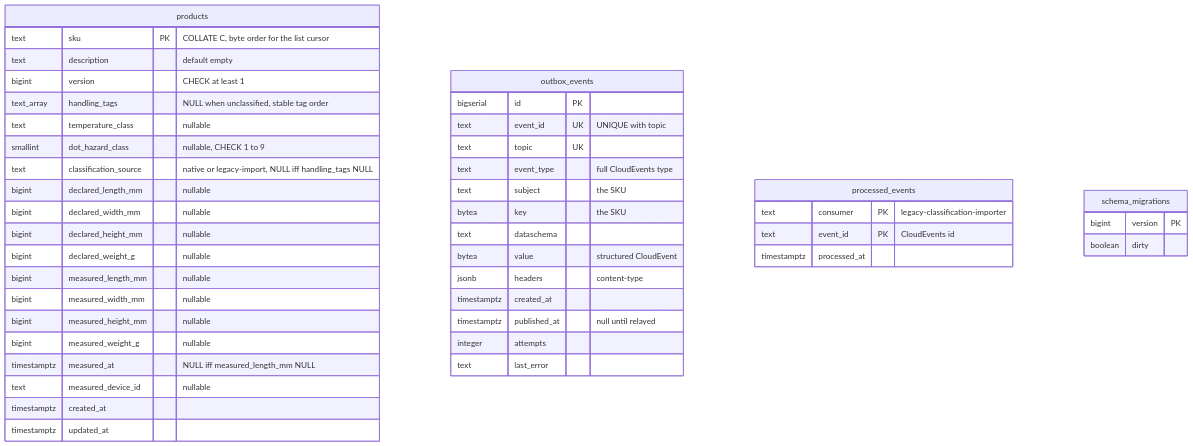
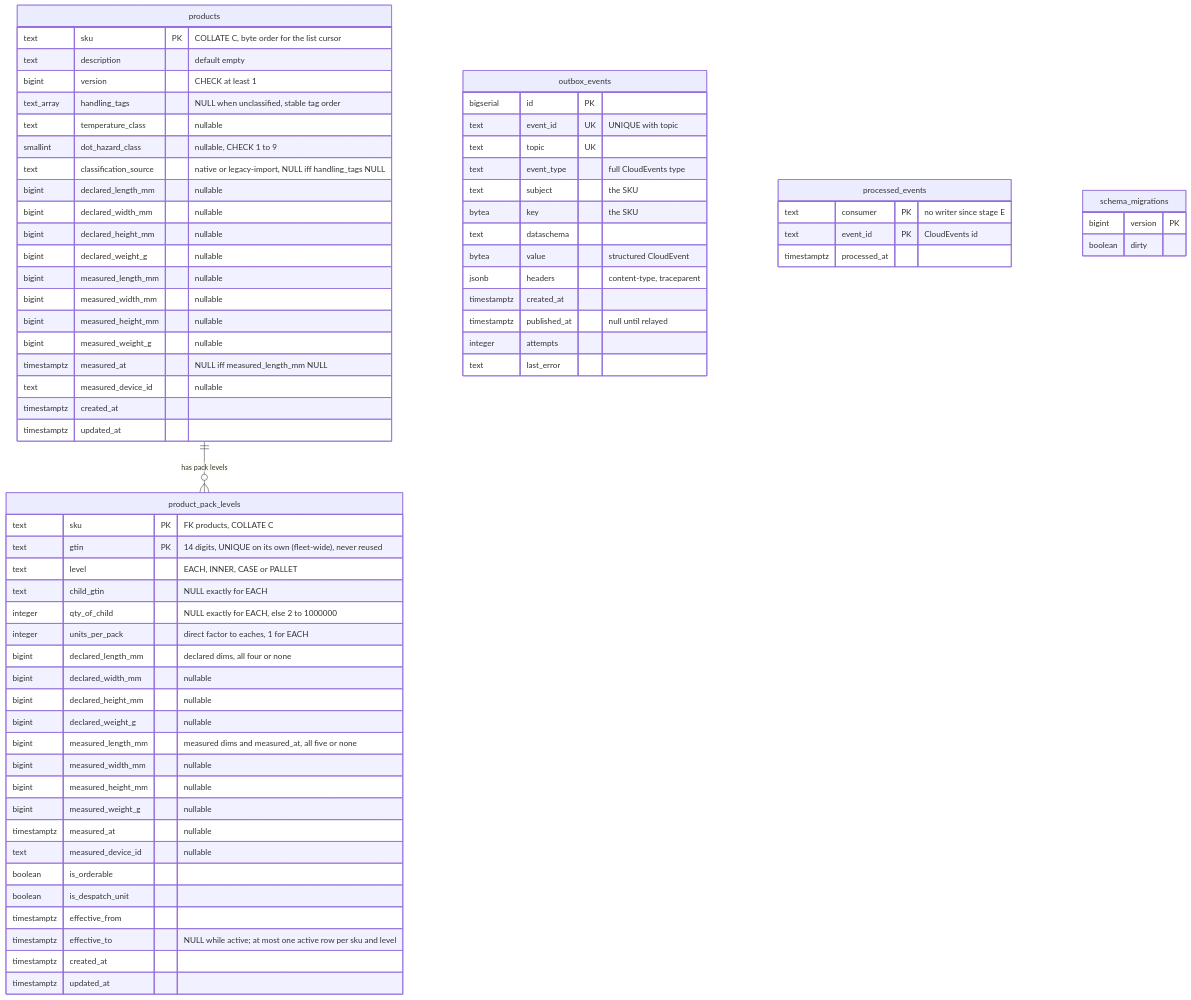
Before and after one commit to IQVO/warehouse-docs: the diagram in docs/contexts/product-master/entity-relationship.md, drawn with Mermaid. The commit also changed other lines of this file and 237 other files, not shown here.

````diff
--- a/docs/contexts/product-master/entity-relationship.md
+++ b/docs/contexts/product-master/entity-relationship.md
@@ -24,48 +28,73 @@
 ```mermaid
 erDiagram
   products {
     text sku PK "COLLATE C, byte order for the list cursor"
     text description "default empty"
     bigint version "CHECK at least 1"
     text_array handling_tags "NULL when unclassified, stable tag order"
     text temperature_class "nullable"
     smallint dot_hazard_class "nullable, CHECK 1 to 9"
     text classification_source "native or legacy-import, NULL iff handling_tags NULL"
     bigint declared_length_mm "nullable"
     bigint declared_width_mm "nullable"
     bigint declared_height_mm "nullable"
     bigint declared_weight_g "nullable"
     bigint measured_length_mm "nullable"
     bigint measured_width_mm "nullable"
     bigint measured_height_mm "nullable"
     bigint measured_weight_g "nullable"
     timestamptz measured_at "NULL iff measured_length_mm NULL"
     text measured_device_id "nullable"
     timestamptz created_at
     timestamptz updated_at
   }
+  product_pack_levels {
+    text sku PK "FK products, COLLATE C"
+    text gtin PK "14 digits, UNIQUE on its own (fleet-wide), never reused"
+    text level "EACH, INNER, CASE or PALLET"
+    text child_gtin "NULL exactly for EACH"
+    integer qty_of_child "NULL exactly for EACH, else 2 to 1000000"
+    integer units_per_pack "direct factor to eaches, 1 for EACH"
+    bigint declared_length_mm "declared dims, all four or none"
+    bigint declared_width_mm "nullable"
+    bigint declared_height_mm "nullable"
+    bigint declared_weight_g "nullable"
+    bigint measured_length_mm "measured dims and measured_at, all five or none"
+    bigint measured_width_mm "nullable"
+    bigint measured_height_mm "nullable"
+    bigint measured_weight_g "nullable"
+    timestamptz measured_at "nullable"
+    text measured_device_id "nullable"
+    boolean is_orderable
+    boolean is_despatch_unit
+    timestamptz effective_from
+    timestamptz effective_to "NULL while active; at most one active row per sku and level"
+    timestamptz created_at
+    timestamptz updated_at
+  }
   outbox_events {
     bigserial id PK
     text event_id UK "UNIQUE with topic"
     text topic UK
     text event_type "full CloudEvents type"
     text subject "the SKU"
     bytea key "the SKU"
     text dataschema
     bytea value "structured CloudEvent"
-    jsonb headers "content-type"
+    jsonb headers "content-type, traceparent"
     timestamptz created_at
     timestamptz published_at "null until relayed"
     integer attempts
     text last_error
   }
   processed_events {
-    text consumer PK "legacy-classification-importer"
+    text consumer PK "no writer since stage E"
     text event_id PK "CloudEvents id"
     timestamptz processed_at
   }
   schema_migrations {
     bigint version PK
     boolean dirty
   }
+  products ||--o{ product_pack_levels : "has pack levels"
 ```
````
